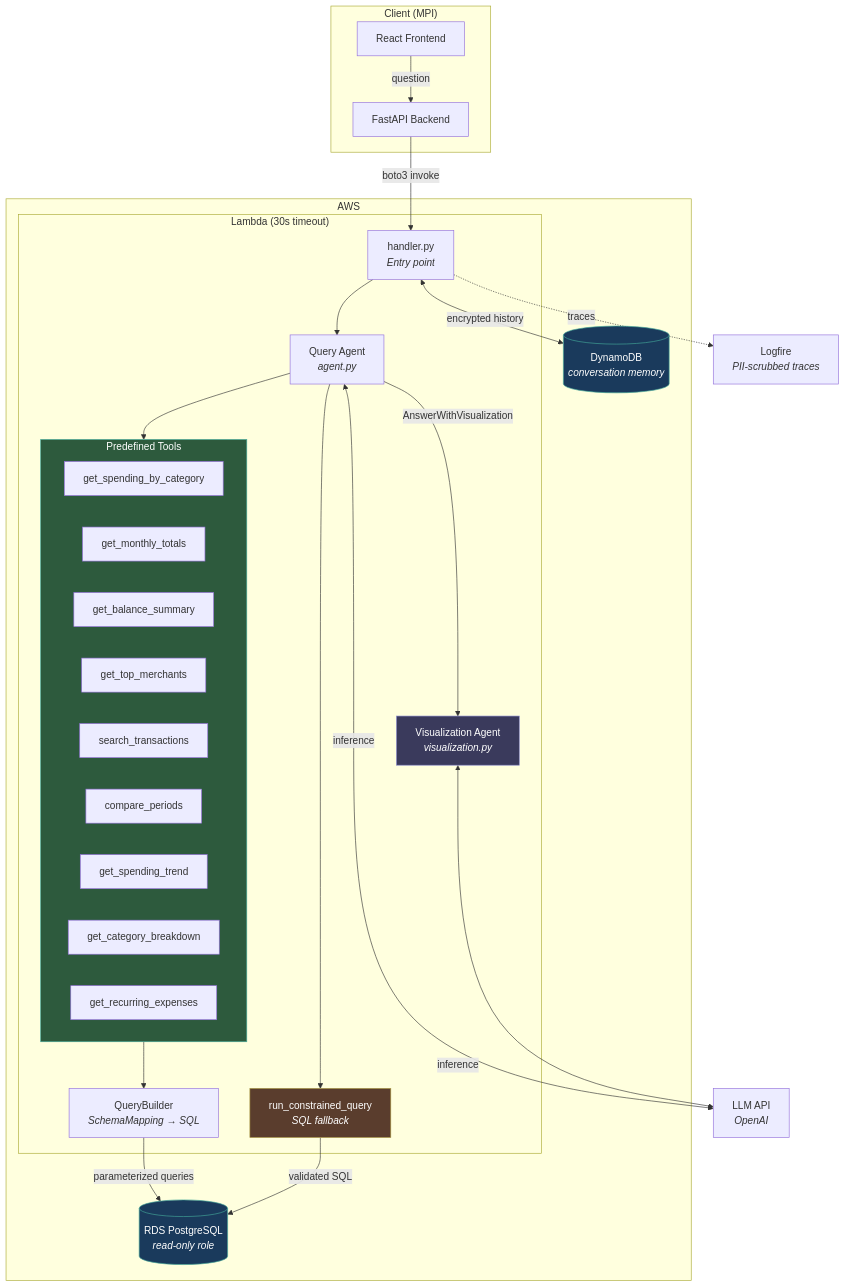
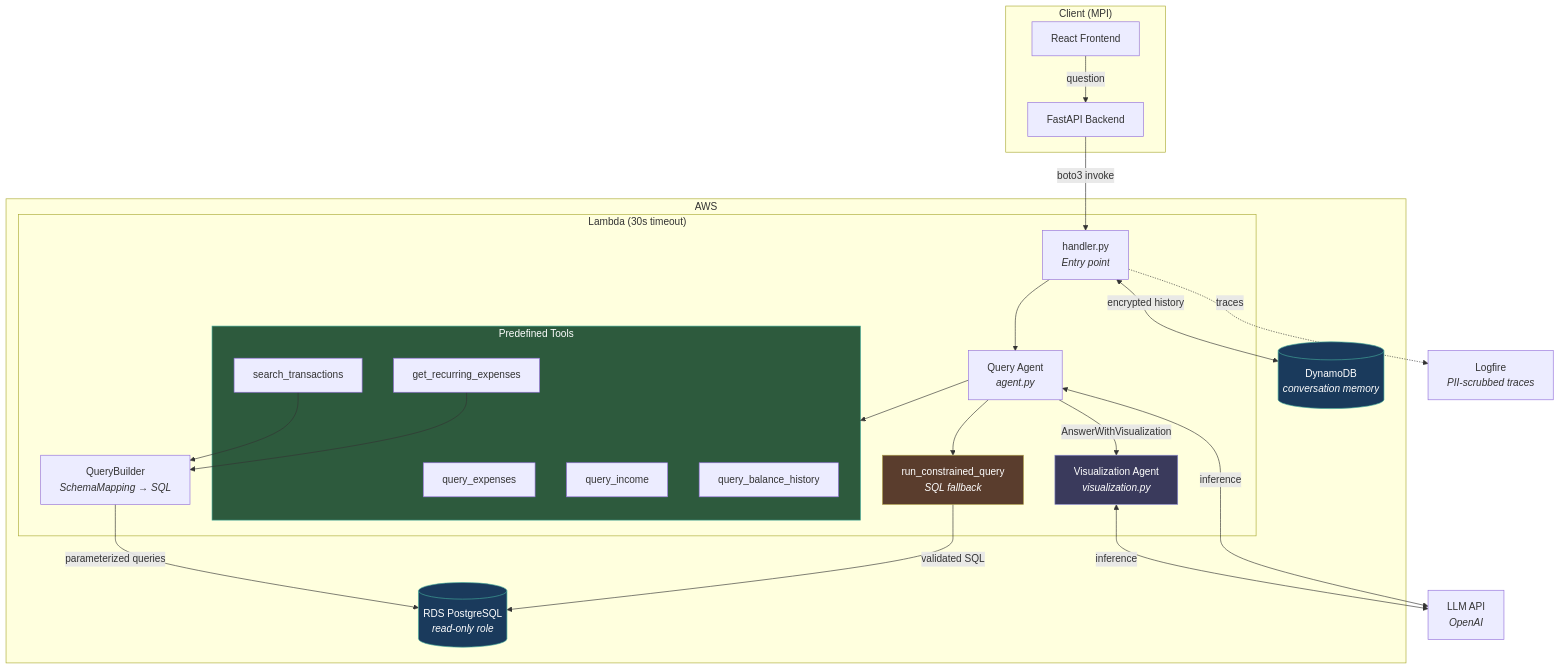
One commit to maxibove13/finance-query-agent changed the third of 8 diagrams in README.md. Above: the diagram before and after it, drawn with Mermaid. The commit also changed other lines of this file and 2 other files, not shown here.

First line of the commit message:
docs: update documentation to match consolidated tool architecture (#22)

````diff
--- a/README.md
+++ b/README.md
@@ -81,58 +81,55 @@
 ```mermaid
 graph TB
     subgraph Client["Client (MPI)"]
         FE[React Frontend]
         BE[FastAPI Backend]
     end
 
     FE -->|question| BE
     BE -->|boto3 invoke| HANDLER
 
     subgraph AWS["AWS"]
         subgraph Lambda["Lambda (30s timeout)"]
             HANDLER[handler.py<br/><i>Entry point</i>]
             HANDLER --> AGENT
             AGENT[Query Agent<br/><i>agent.py</i>]
             AGENT --> TOOLS
             AGENT --> FALLBACK
 
             subgraph TOOLS["Predefined Tools"]
-                T1[get_spending_by_category]
-                T2[get_monthly_totals]
-                T3[get_balance_summary]
-                T4[get_top_merchants]
-                T5[search_transactions]
-                T6[compare_periods]
-                T7[get_spending_trend]
-                T8[get_category_breakdown]
-                T9[get_recurring_expenses]
+                T1[query_expenses]
+                T2[query_income]
+                T3[query_balance_history]
+                T4[search_transactions]
+                T5[get_recurring_expenses]
             end
 
             FALLBACK[run_constrained_query<br/><i>SQL fallback</i>]
             QB[QueryBuilder<br/><i>SchemaMapping → SQL</i>]
-            TOOLS --> QB
+            T4 --> QB
+            T5 --> QB
 
             AGENT -->|AnswerWithVisualization| VIZ
             VIZ[Visualization Agent<br/><i>visualization.py</i>]
         end
 
         RDS[(RDS PostgreSQL<br/><i>read-only role</i>)]
         DDB[(DynamoDB<br/><i>conversation memory</i>)]
     end
 
     LLM_API[LLM API<br/><i>OpenAI</i>]
     LOGFIRE[Logfire<br/><i>PII-scrubbed traces</i>]
 
     QB -->|parameterized queries| RDS
     FALLBACK -->|validated SQL| RDS
     HANDLER <-->|encrypted history| DDB
     AGENT <-->|inference| LLM_API
     VIZ <-->|inference| LLM_API
     HANDLER -.->|traces| LOGFIRE
 
     style TOOLS fill:#2d5a3d,stroke:#4a9,color:#fff
     style FALLBACK fill:#5a3d2d,stroke:#a94,color:#fff
     style VIZ fill:#3a3a5c,stroke:#88c,color:#fff
     style RDS fill:#1a3a5c,stroke:#4a9,color:#fff
     style DDB fill:#1a3a5c,stroke:#4a9,color:#fff
 ```
````
